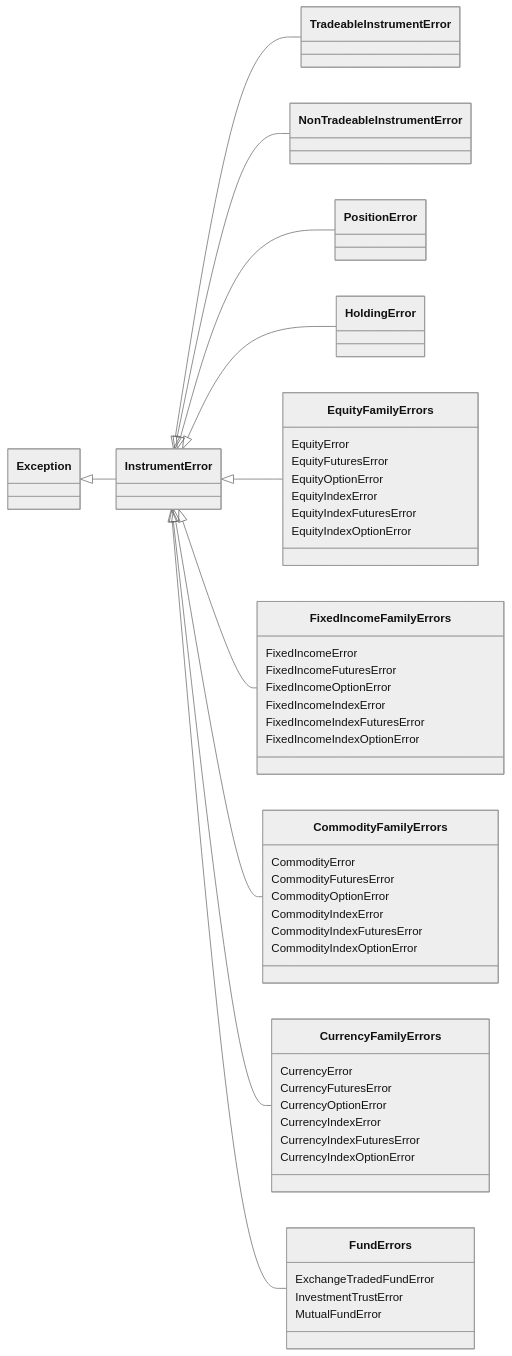
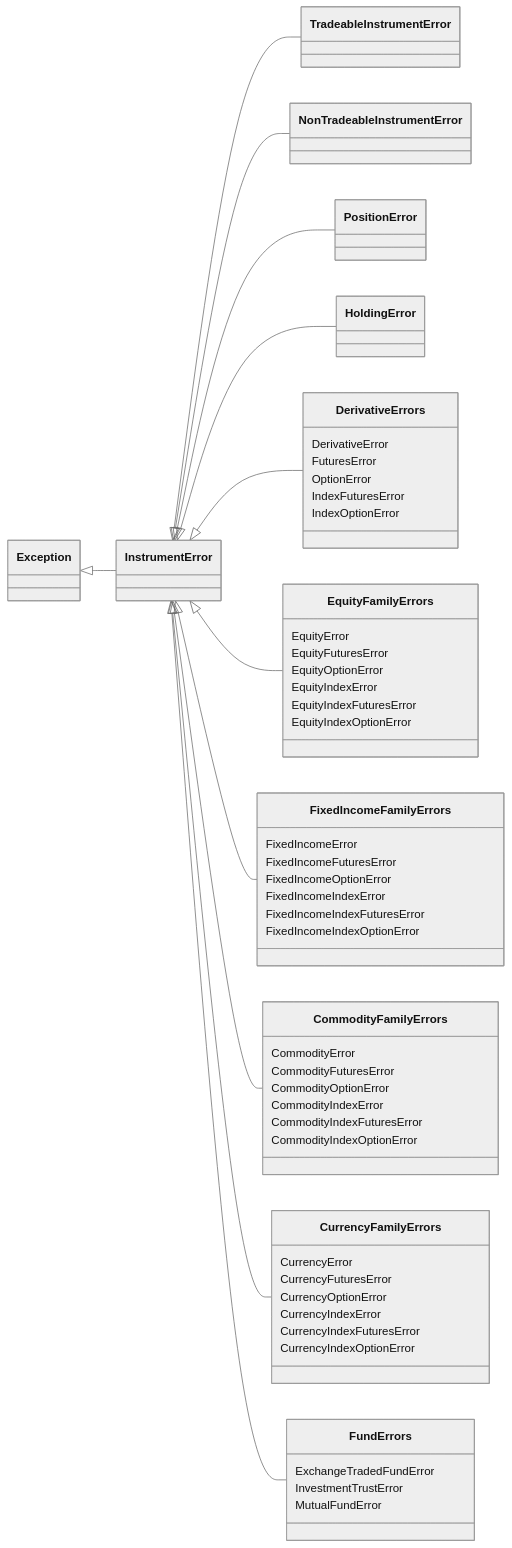
The second of 3 diagrams in docs/python-api/errors.md (pramodathani/tradingmachine), drawn with Mermaid (neutral theme) before and after one commit. The commit also changed other lines of this file and 16 other files, not shown here.

````diff
--- a/docs/python-api/errors.md
+++ b/docs/python-api/errors.md
@@ -46,51 +47,59 @@
 ```mermaid
 classDiagram
     direction LR
     Exception <|-- InstrumentError
     InstrumentError <|-- TradeableInstrumentError
     InstrumentError <|-- NonTradeableInstrumentError
     InstrumentError <|-- PositionError
     InstrumentError <|-- HoldingError
+    InstrumentError <|-- DerivativeErrors
     InstrumentError <|-- EquityFamilyErrors
     InstrumentError <|-- FixedIncomeFamilyErrors
     InstrumentError <|-- CommodityFamilyErrors
     InstrumentError <|-- CurrencyFamilyErrors
     InstrumentError <|-- FundErrors
     class EquityFamilyErrors {
         EquityError
         EquityFuturesError
         EquityOptionError
         EquityIndexError
         EquityIndexFuturesError
         EquityIndexOptionError
     }
     class FixedIncomeFamilyErrors {
         FixedIncomeError
         FixedIncomeFuturesError
         FixedIncomeOptionError
         FixedIncomeIndexError
         FixedIncomeIndexFuturesError
         FixedIncomeIndexOptionError
     }
     class CommodityFamilyErrors {
         CommodityError
         CommodityFuturesError
         CommodityOptionError
         CommodityIndexError
         CommodityIndexFuturesError
         CommodityIndexOptionError
     }
     class CurrencyFamilyErrors {
         CurrencyError
         CurrencyFuturesError
         CurrencyOptionError
         CurrencyIndexError
         CurrencyIndexFuturesError
         CurrencyIndexOptionError
     }
+    class DerivativeErrors {
+        DerivativeError
+        FuturesError
+        OptionError
+        IndexFuturesError
+        IndexOptionError
+    }
     class FundErrors {
         ExchangeTradedFundError
         InvestmentTrustError
         MutualFundError
     }
 ```
````
